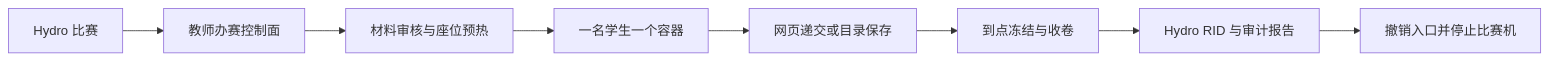
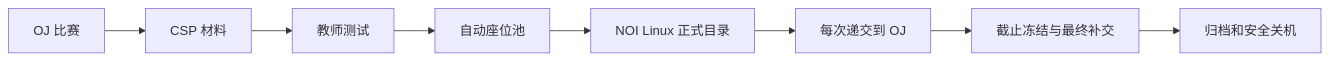
Before and after one commit to chasemoonn/noi-linux-contest-system-public: the diagram in README.md, drawn with Mermaid. The commit also changed other lines of this file and 279 other files, not shown here.

````diff
--- a/README.md
+++ b/README.md
@@ -32,10 +25,10 @@
 ```mermaid
 flowchart LR
-    A["Hydro 比赛"] --> B["教师办赛控制面"]
-    B --> C["材料审核与座位预热"]
-    C --> D["一名学生一个容器"]
-    D --> E["网页递交或目录保存"]
-    E --> F["到点冻结与收卷"]
-    F --> G["Hydro RID 与审计报告"]
-    G --> H["撤销入口并停止比赛机"]
+    A["OJ 比赛"] --> B["CSP 材料"]
+    B --> C["教师测试"]
+    C --> D["自动座位池"]
+    D --> E["NOI Linux 正式目录"]
+    E --> F["每次递交到 OJ"]
+    F --> G["截止冻结与最终补交"]
+    G --> H["归档和安全关机"]
 ```
````
